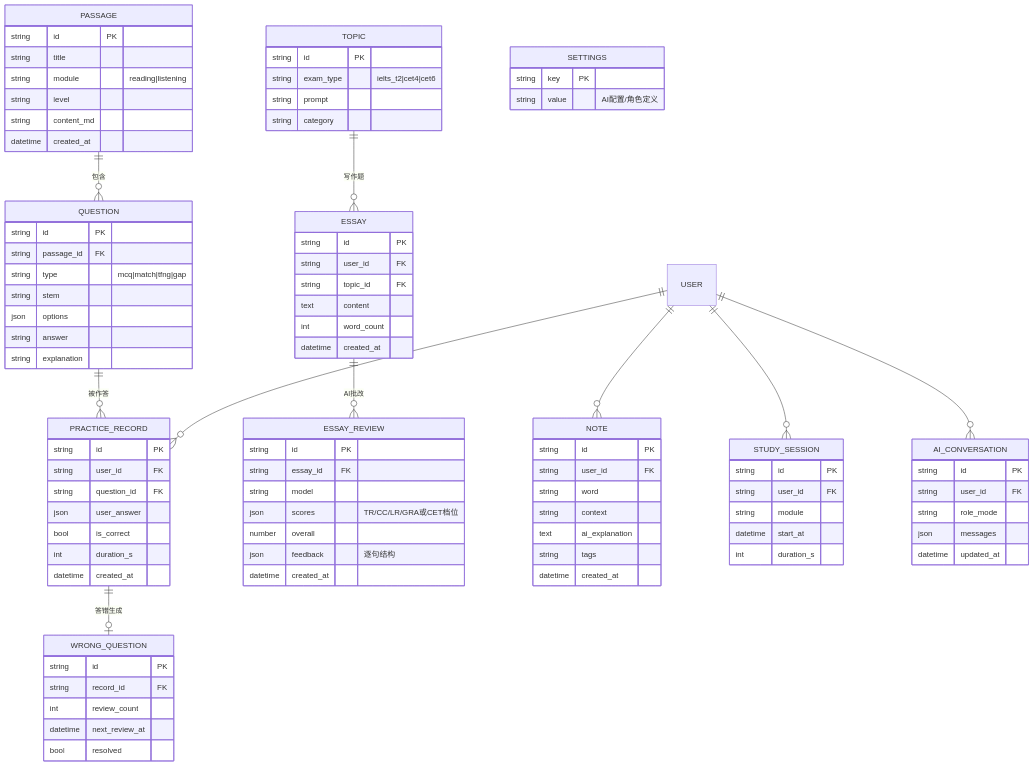
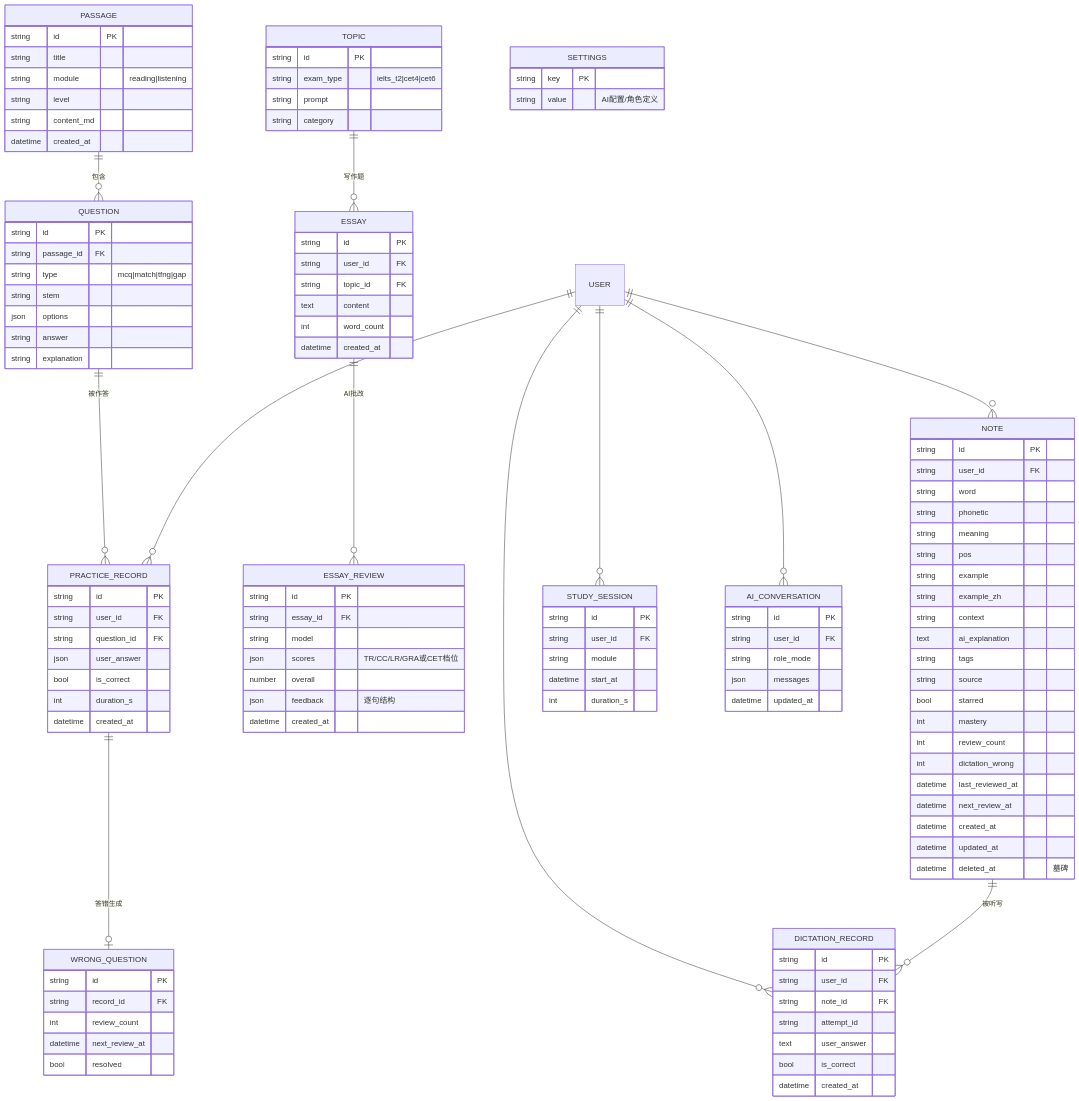
One commit to yu788587-dot/SmartEnglish-Prep changed the diagram in docs/执行计划.md. Above: the diagram before and after it, drawn with Mermaid. The commit also changed other lines of this file and 7 other files, not shown here.

````diff
--- a/docs/执行计划.md
+++ b/docs/执行计划.md
@@ -62,24 +62,27 @@
 ```mermaid
 erDiagram
     PASSAGE ||--o{ QUESTION : "包含"
     QUESTION ||--o{ PRACTICE_RECORD : "被作答"
     PRACTICE_RECORD ||--o| WRONG_QUESTION : "答错生成"
     TOPIC ||--o{ ESSAY : "写作题"
     ESSAY ||--o{ ESSAY_REVIEW : "AI批改"
     USER ||--o{ PRACTICE_RECORD : ""
     USER ||--o{ NOTE : ""
+    USER ||--o{ DICTATION_RECORD : ""
     USER ||--o{ STUDY_SESSION : ""
     USER ||--o{ AI_CONVERSATION : ""
+    NOTE ||--o{ DICTATION_RECORD : "被听写"
 
     PASSAGE { string id PK string title string module "reading|listening" string level string content_md datetime created_at }
     QUESTION { string id PK string passage_id FK string type "mcq|match|tfng|gap" string stem json options string answer string explanation }
     TOPIC { string id PK string exam_type "ielts_t2|cet4|cet6" string prompt string category }
     ESSAY { string id PK string user_id FK string topic_id FK text content int word_count datetime created_at }
     ESSAY_REVIEW { string id PK string essay_id FK string model json scores "TR/CC/LR/GRA或CET档位" number overall json feedback "逐句结构" datetime created_at }
     PRACTICE_RECORD { string id PK string user_id FK string question_id FK json user_answer bool is_correct int duration_s datetime created_at }
     WRONG_QUESTION { string id PK string record_id FK int review_count datetime next_review_at bool resolved }
-    NOTE { string id PK string user_id FK string word string context text ai_explanation string tags datetime created_at }
+    NOTE { string id PK string user_id FK string word string phonetic string meaning string pos string example string example_zh string context text ai_explanation string tags string source bool starred int mastery int review_count int dictation_wrong datetime last_reviewed_at datetime next_review_at datetime created_at datetime updated_at datetime deleted_at "墓碑" }
+    DICTATION_RECORD { string id PK string user_id FK string note_id FK string attempt_id text user_answer bool is_correct datetime created_at }
     STUDY_SESSION { string id PK string user_id FK string module datetime start_at int duration_s }
     AI_CONVERSATION { string id PK string user_id FK string role_mode json messages datetime updated_at }
     SETTINGS { string key PK string value "AI配置/角色定义" }
 ```
````
